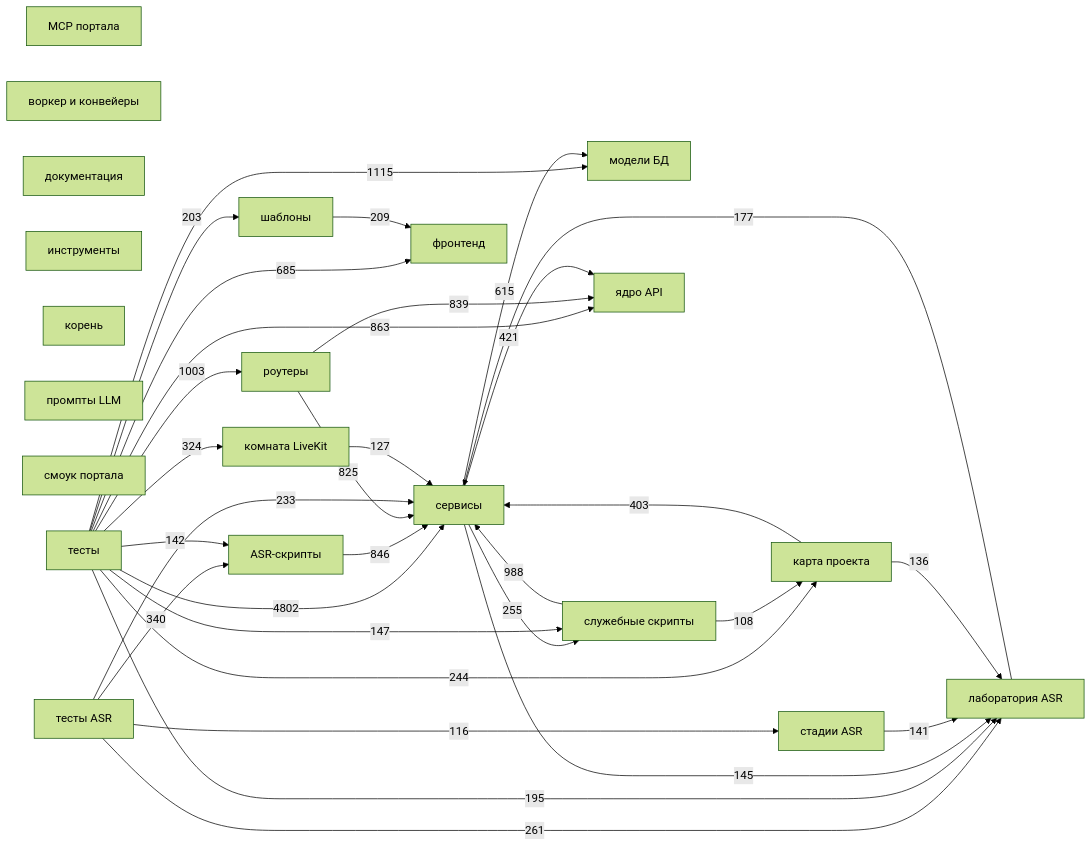
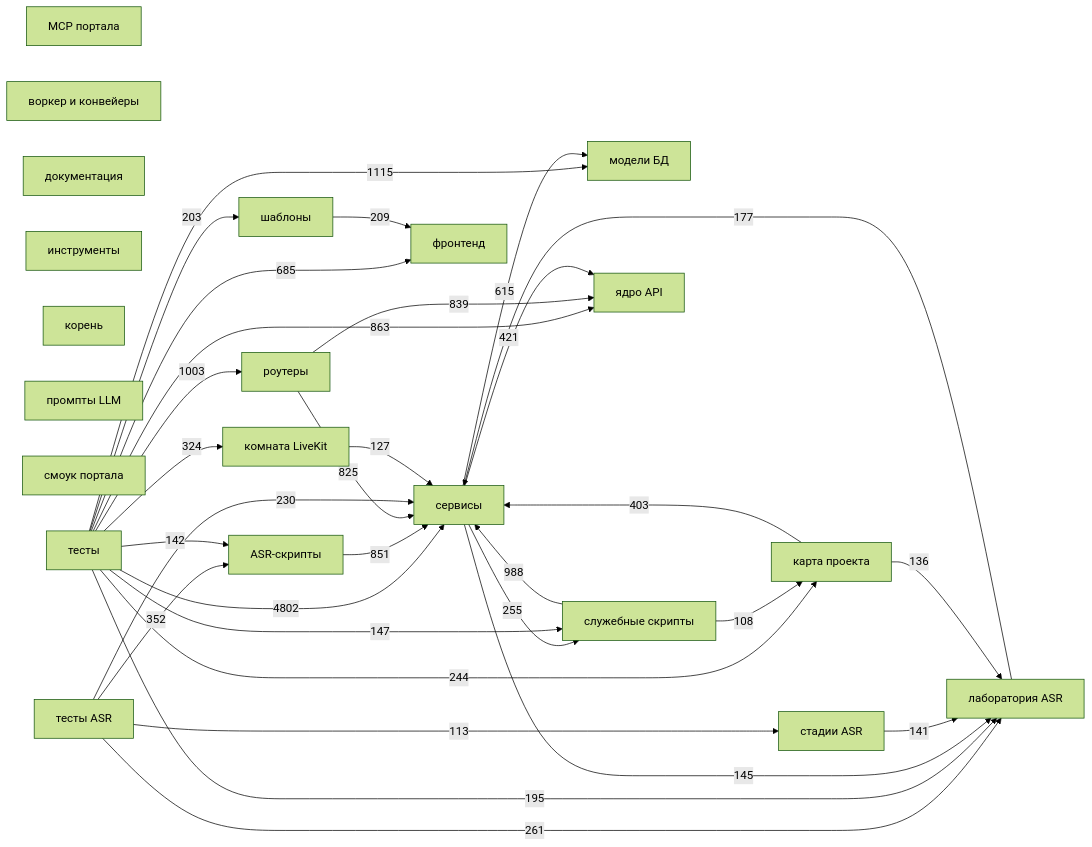
One commit to Avosya21/SKKKK changed the diagram in docs/project-map/DEPENDENCIES.md. Above: the diagram before and after it, drawn with Mermaid (forest theme). The commit also changed other lines of this file and 6 other files, not shown here.

````diff
--- a/docs/project-map/DEPENDENCIES.md
+++ b/docs/project-map/DEPENDENCIES.md
@@ -105,54 +105,54 @@
 ```mermaid
 flowchart LR
   g0["ASR-скрипты"]
   g1["MCP портала"]
   g2["воркер и конвейеры"]
   g3["документация"]
   g4["инструменты"]
   g5["карта проекта"]
   g6["комната LiveKit"]
   g7["корень"]
   g8["лаборатория ASR"]
   g9["модели БД"]
   g10["промпты LLM"]
   g11["роутеры"]
   g12["сервисы"]
   g13["служебные скрипты"]
   g14["смоук портала"]
   g15["стадии ASR"]
   g16["тесты"]
   g17["тесты ASR"]
   g18["фронтенд"]
   g19["шаблоны"]
   g20["ядро API"]
   g16 -->|4802| g12
   g16 -->|1115| g9
   g16 -->|1003| g11
   g13 -->|988| g12
   g16 -->|863| g20
-  g0 -->|846| g12
+  g0 -->|851| g12
   g11 -->|839| g20
   g11 -->|825| g12
   g16 -->|685| g18
   g12 -->|615| g9
   g12 -->|421| g20
   g5 -->|403| g12
-  g17 -->|340| g0
+  g17 -->|352| g0
   g16 -->|324| g6
   g17 -->|261| g8
   g12 -->|255| g13
   g16 -->|244| g5
-  g17 -->|233| g12
+  g17 -->|230| g12
   g19 -->|209| g18
   g16 -->|203| g19
   g16 -->|195| g8
   g8 -->|177| g12
   g16 -->|147| g13
   g12 -->|145| g8
   g16 -->|142| g0
   g15 -->|141| g8
   g5 -->|136| g8
   g6 -->|127| g12
-  g17 -->|116| g15
+  g17 -->|113| g15
   g13 -->|108| g5
 ```
````
